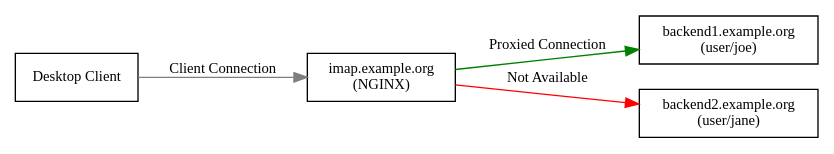
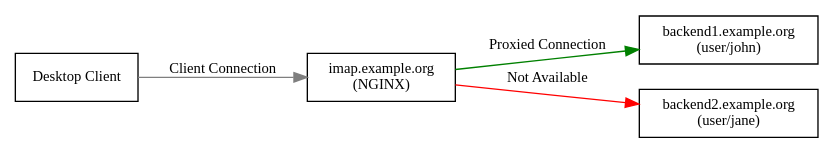
One commit to cyrusimap/cyrus-imapd changed the fourth of 8 diagrams in doc/source/imap/features/server-aggregation.rst. Above: the diagram before and after it, drawn with Graphviz. The commit also changed other lines of this file, not shown here.

```diff
--- a/doc/source/imap/features/server-aggregation.rst
+++ b/doc/source/imap/features/server-aggregation.rst
@@ -89,17 +93,17 @@
 .. graphviz::
 
     digraph joe {
             rankdir = LR;
             splines = true;
             overlab = prism;
 
             edge [color=gray50, fontname=Calibri, fontsize=11];
             node [shape=record, fontname=Calibri, fontsize=11];
 
             "imap.example.org" [label="imap.example.org\n(NGINX)"];
-            "backend1.example.org" [label="backend1.example.org\n(user/joe)"];
+            "backend1.example.org" [label="backend1.example.org\n(user/john)"];
             "backend2.example.org" [label="backend2.example.org\n(user/jane)"];
             "Desktop Client" -> "imap.example.org" [label="Client Connection"];
             "imap.example.org" -> "backend1.example.org" [label="Proxied Connection",color="green"];
             "imap.example.org" -> "backend2.example.org" [label="Not Available",color="red"];
         }
```
